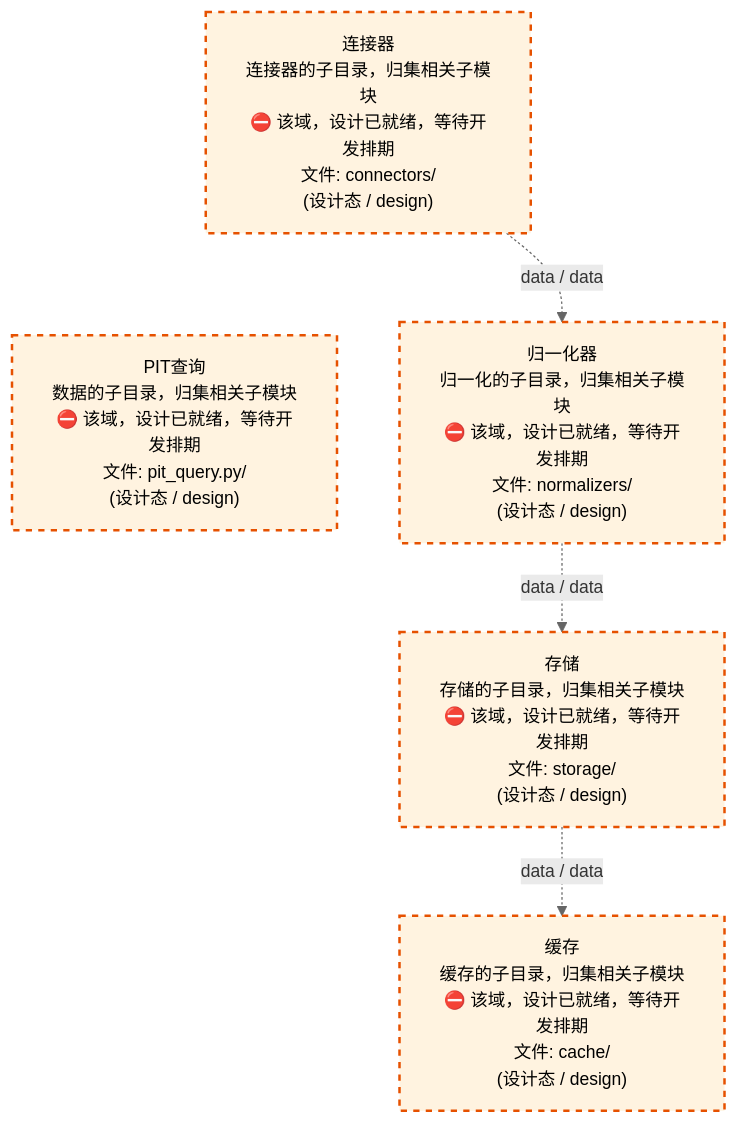
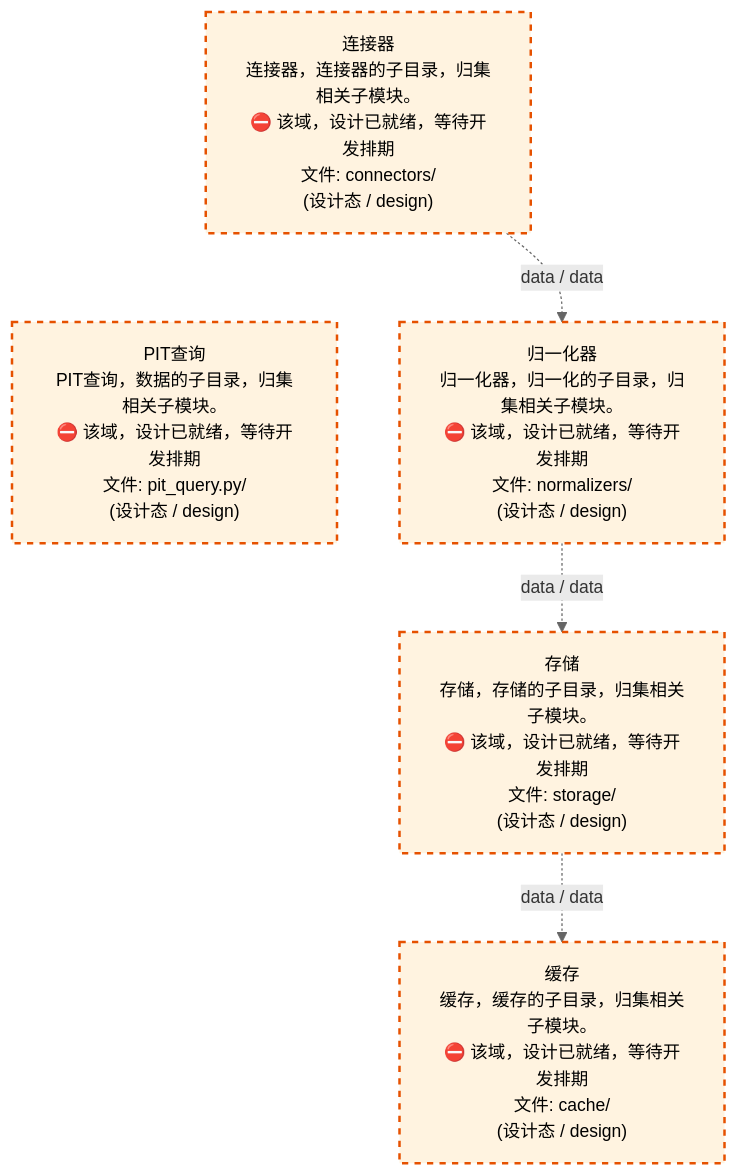
Before and after one commit to xuanFelixVan/ZephyrAlpha: the third of 4 diagrams in docs/02_enterprise_architecture/02_domain_architecture_docs/11_d_data.md, drawn with Mermaid. The commit also changed other lines of this file and 61 other files, not shown here.

````diff
--- a/docs/02_enterprise_architecture/02_domain_architecture_docs/11_d_data.md
+++ b/docs/02_enterprise_architecture/02_domain_architecture_docs/11_d_data.md
@@ -1293,18 +1293,18 @@
 ```mermaid
 %%{init: {'theme': 'base', 'themeVariables': {'primaryColor': '#eaeaea', 'primaryTextColor': '#333333', 'primaryBorderColor': '#666666', 'lineColor': '#666666', 'secondaryColor': '#eaeaea', 'tertiaryColor': '#eaeaea', 'fontSize': '14px'}}}%%
 flowchart TD
-    src_zephyr_data_connectors["连接器<br/>连接器的子目录，归集相关子模块<br/>⛔ 该域，设计已就绪，等待开发排期<br/>文件: connectors/<br/>(设计态 / design)"]
-    src_zephyr_data_pit_query_py["PIT查询<br/>数据的子目录，归集相关子模块<br/>⛔ 该域，设计已就绪，等待开发排期<br/>文件: pit_query.py/<br/>(设计态 / design)"]
+    src_zephyr_data_connectors["连接器<br/>连接器，连接器的子目录，归集相关子模块。<br/>⛔ 该域，设计已就绪，等待开发排期<br/>文件: connectors/<br/>(设计态 / design)"]
+    src_zephyr_data_pit_query_py["PIT查询<br/>PIT查询，数据的子目录，归集相关子模块。<br/>⛔ 该域，设计已就绪，等待开发排期<br/>文件: pit_query.py/<br/>(设计态 / design)"]
     src_zephyr_data_connectors ~~~ src_zephyr_data_pit_query_py
-    src_zephyr_data_normalizers["归一化器<br/>归一化的子目录，归集相关子模块<br/>⛔ 该域，设计已就绪，等待开发排期<br/>文件: normalizers/<br/>(设计态 / design)"]
-    src_zephyr_data_storage["存储<br/>存储的子目录，归集相关子模块<br/>⛔ 该域，设计已就绪，等待开发排期<br/>文件: storage/<br/>(设计态 / design)"]
-    src_zephyr_data_cache["缓存<br/>缓存的子目录，归集相关子模块<br/>⛔ 该域，设计已就绪，等待开发排期<br/>文件: cache/<br/>(设计态 / design)"]
+    src_zephyr_data_normalizers["归一化器<br/>归一化器，归一化的子目录，归集相关子模块。<br/>⛔ 该域，设计已就绪，等待开发排期<br/>文件: normalizers/<br/>(设计态 / design)"]
+    src_zephyr_data_storage["存储<br/>存储，存储的子目录，归集相关子模块。<br/>⛔ 该域，设计已就绪，等待开发排期<br/>文件: storage/<br/>(设计态 / design)"]
+    src_zephyr_data_cache["缓存<br/>缓存，缓存的子目录，归集相关子模块。<br/>⛔ 该域，设计已就绪，等待开发排期<br/>文件: cache/<br/>(设计态 / design)"]
     src_zephyr_data_connectors -.->|data / data| src_zephyr_data_normalizers
     src_zephyr_data_normalizers -.->|data / data| src_zephyr_data_storage
     src_zephyr_data_storage -.->|data / data| src_zephyr_data_cache
     classDef production fill:#e1f5fe,stroke:#01579b,stroke-width:2px,color:#000
     classDef design fill:#fff3e0,stroke:#e65100,stroke-width:2px,color:#000,stroke-dasharray: 5 5
     classDef external_prod fill:#e8f4fd,stroke:#0277bd,stroke-width:1px,color:#000
     classDef external_design fill:#fff8e7,stroke:#ef6c00,stroke-width:1px,color:#000,stroke-dasharray: 5 5
     class src_zephyr_data_cache,src_zephyr_data_connectors,src_zephyr_data_normalizers,src_zephyr_data_pit_query_py,src_zephyr_data_storage design
 ```
````
